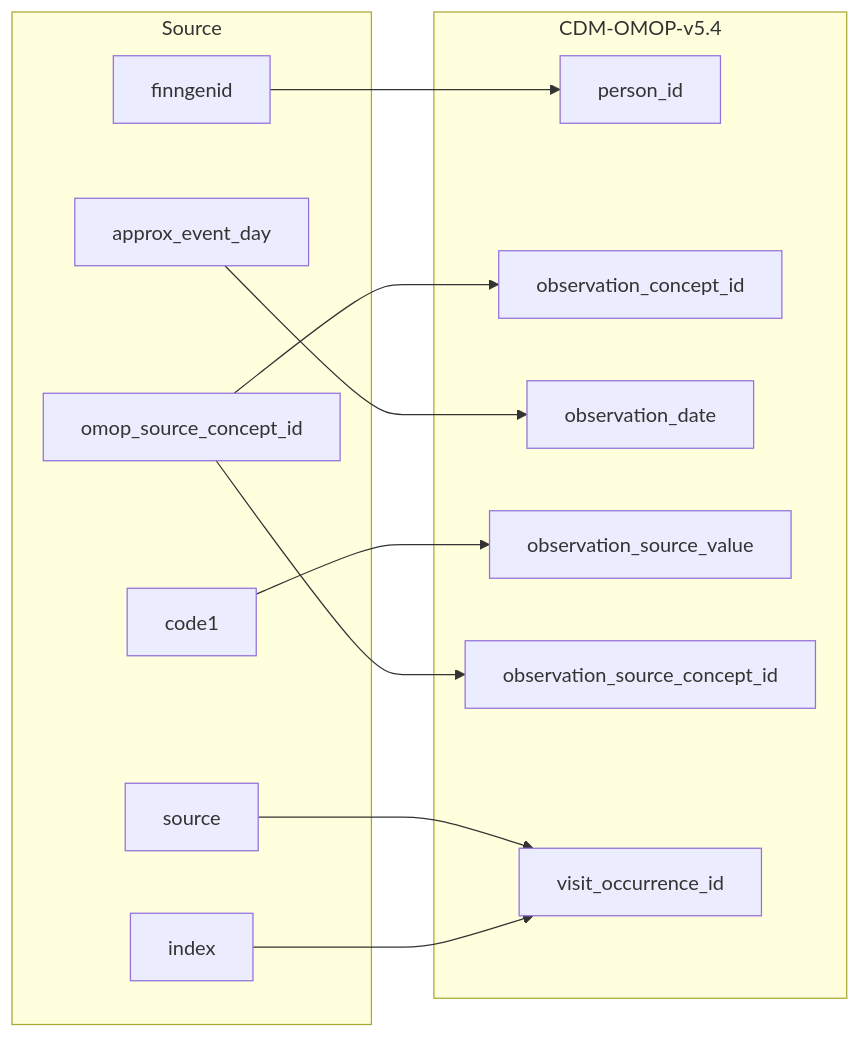
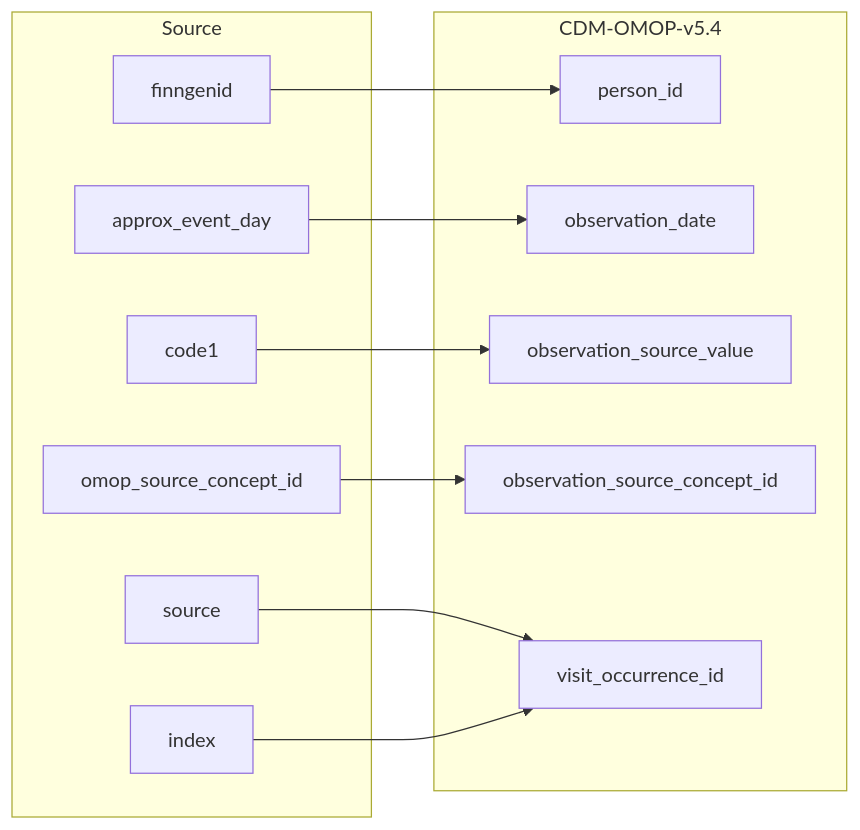
Before and after one commit to FINNGEN/ETL: the diagram in 2_etl_specifications/documentation/observation.md, drawn with Mermaid. The commit also changed other lines of this file and 10 other files, not shown here.

````diff
--- a/2_etl_specifications/documentation/observation.md
+++ b/2_etl_specifications/documentation/observation.md
@@ -5,28 +5,26 @@
 ```mermaid
 flowchart LR
     subgraph Source
         finngenid
         source
         approx_event_day
         code1
         index
         omop_source_concept_id
     end
 
     subgraph CDM-OMOP-v5.4
         person_id
-        observation_concept_id
         observation_date
         observation_source_value
         observation_source_concept_id
         visit_occurrence_id
     end
 
     finngenid-->person_id
-    omop_source_concept_id-->observation_concept_id
     approx_event_day-->observation_date
     code1-->observation_source_value
     omop_source_concept_id-->observation_source_concept_id
     source-->visit_occurrence_id
     index-->visit_occurrence_id
 ```
````
